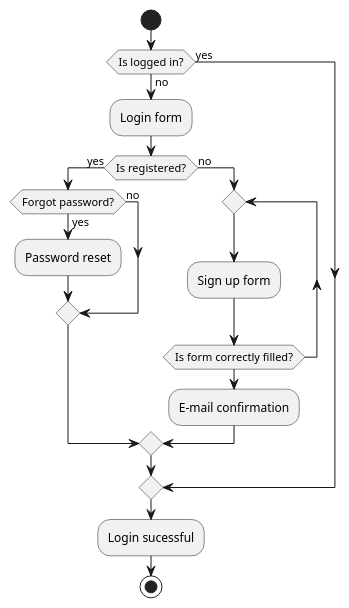
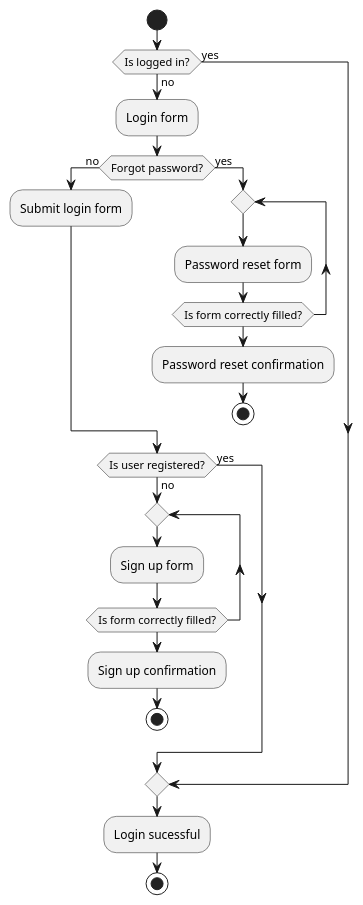
The diagram in architecture/activity-login.puml (mateusk/mnemo), drawn with PlantUML before and after one commit. The commit also changed 3 other files, not shown here.

Commit message:
Update UML diagrams

```diff
--- a/architecture/activity-login.puml
+++ b/architecture/activity-login.puml
@@ -1,20 +1,27 @@
 @startuml Login activity diagram
 start
-if (Is logged in?) then (yes)
-else (no)
+if (Is logged in?) then (no)
   :Login form;
-  if (Is registered?) then (yes)
-    if(Forgot password?) then (yes)
-      :Password reset;
-    else (no)
-    endif
-  else (no)
+  if (Forgot password?) then (no)
+  :Submit login form;
+  else (yes)
+    repeat
+    :Password reset form;
+    repeat while (Is form correctly filled?)
+    :Password reset confirmation;
+    stop
+  endif
+
+  if (Is user registered?) then (no)
     repeat
       :Sign up form;
     repeat while (Is form correctly filled?)
-      :E-mail confirmation;
+      :Sign up confirmation;
+    stop
+  else (yes)
   endif
+else (yes)
 endif
 :Login sucessful;
 stop
 @enduml
```
